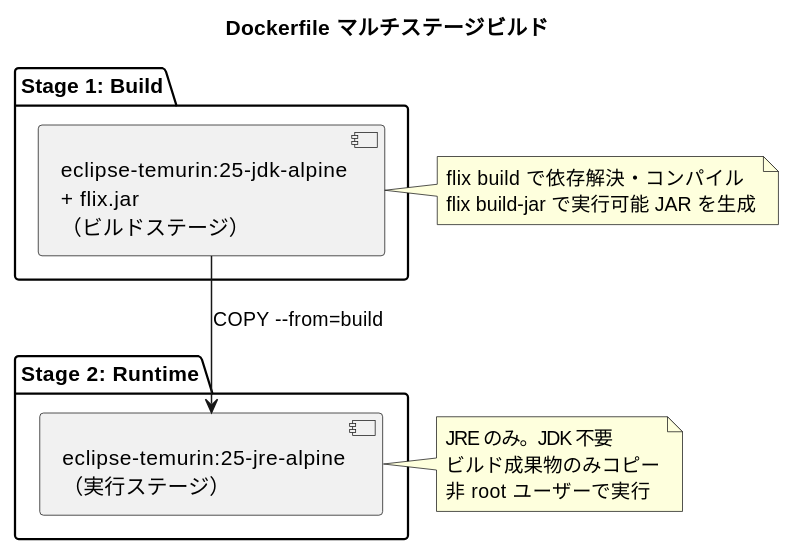
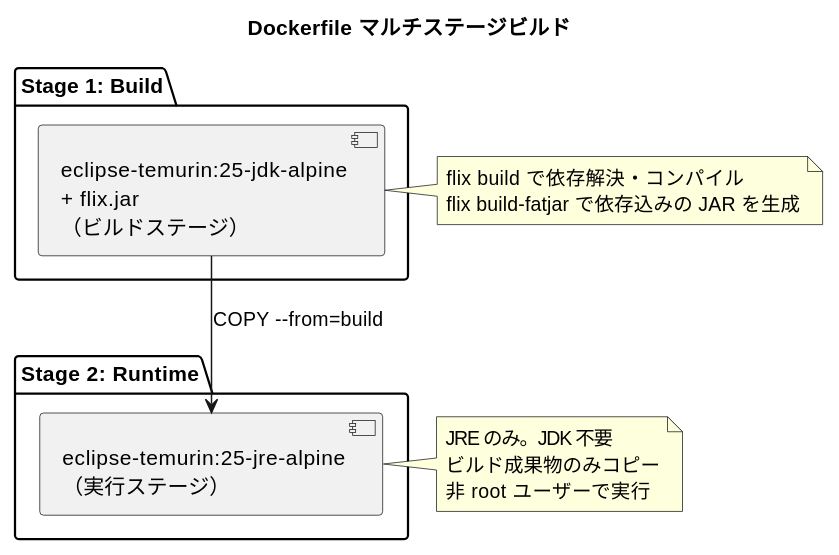
One commit to k2works/case-study-cargo-tracker changed the second of 8 diagrams in docs/design/architecture_infrastructure.md. Above: the diagram before and after it, drawn with PlantUML. The commit also changed other lines of this file and 7 other files, not shown here.

````diff
--- a/docs/design/architecture_infrastructure.md
+++ b/docs/design/architecture_infrastructure.md
@@ -90,19 +91,19 @@
 ```plantuml
 @startuml
 title Dockerfile マルチステージビルド
 
 package "Stage 1: Build" as build {
   [eclipse-temurin:25-jdk-alpine\n+ flix.jar\n（ビルドステージ）] as builder
 }
 
 package "Stage 2: Runtime" as runtime {
   [eclipse-temurin:25-jre-alpine\n（実行ステージ）] as runner
 }
 
-note right of builder : flix build で依存解決・コンパイル\nflix build-jar で実行可能 JAR を生成
+note right of builder : flix build で依存解決・コンパイル\nflix build-fatjar で依存込みの JAR を生成
 note right of runner : JRE のみ。JDK 不要\nビルド成果物のみコピー\n非 root ユーザーで実行
 
 builder --> runner : COPY --from=build
 
 @enduml
 ```
````
